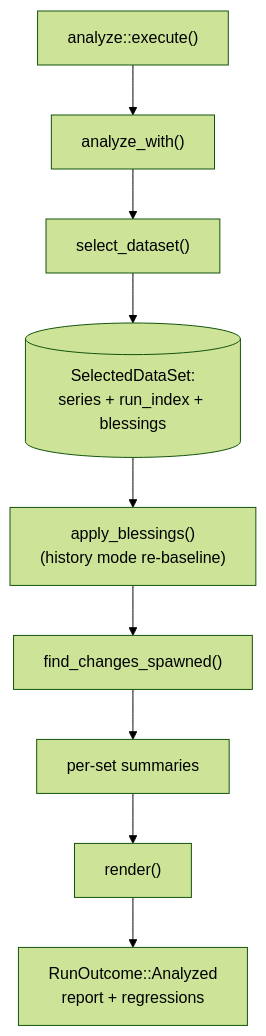
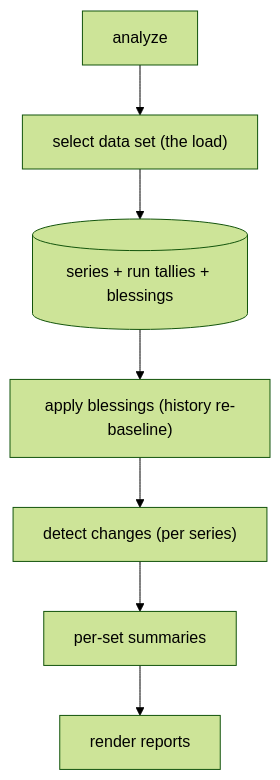
One commit to folo-rs/folo changed the first of 4 diagrams in packages/cargo-bench-history/docs/analyze.md. Above: the diagram before and after it, drawn with Mermaid (forest theme). The commit also changed other lines of this file and 8 other files, not shown here.

````diff
--- a/packages/cargo-bench-history/docs/analyze.md
+++ b/packages/cargo-bench-history/docs/analyze.md
@@ -42,11 +26,9 @@
 ```mermaid
 flowchart TD
-  EXEC["analyze::execute()"] --> AW["analyze_with()"]
-  AW --> SD["select_dataset()"]
-  SD --> DS[("SelectedDataSet:\nseries + run_index + blessings")]
-  DS --> AB["apply_blessings()\n(history mode re-baseline)"]
-  AB --> FC["find_changes_spawned()"]
+  EXEC["analyze"] --> SD["select data set (the load)"]
+  SD --> DS[("series + run tallies + blessings")]
+  DS --> AB["apply blessings (history re-baseline)"]
+  AB --> FC["detect changes (per series)"]
   FC --> SUM["per-set summaries"]
-  SUM --> RENDER["render()"]
-  RENDER --> OUT["RunOutcome::Analyzed\nreport + regressions"]
+  SUM --> RENDER["render reports"]
 ```
````
